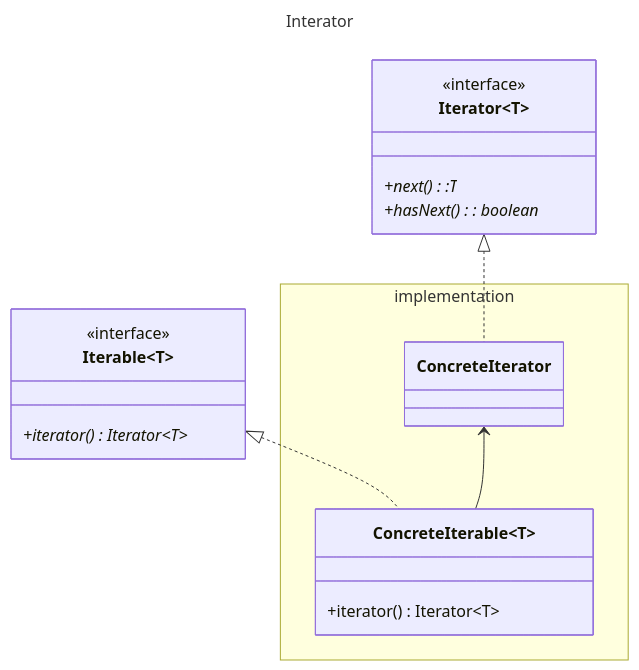
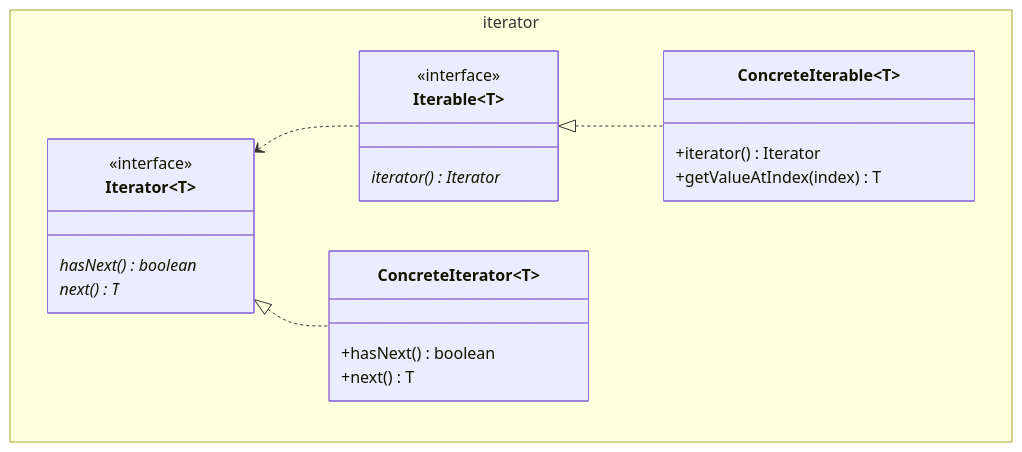
One commit to mtrigueira/JGoF changed the diagram in src/main/java/org/example/gof/behaviour/iterator/Iterator.md. Above: the diagram before and after it, drawn with Mermaid. The commit also changed other lines of this file and 1 other file, not shown here.

Commit message:
Edit Iterator.md add synonym and related patterns.

````diff
--- a/src/main/java/org/example/gof/behaviour/iterator/Iterator.md
+++ b/src/main/java/org/example/gof/behaviour/iterator/Iterator.md
@@ -1,26 +5,26 @@
 ```mermaid
----
-title: Interator
----
 classDiagram
-    class Iterable~T~ {
-        <<interface>>
-        +iterator() Iterator~T~*
-    }
-    class Iterator~T~ {
-        <<interface>>
-        +next():T*
-        +hasNext(): boolean*
-    }
-    namespace implementation {
+    namespace iterator {
         class ConcreteIterable~T~ {
-            +iterator() Iterator~T~
+            +iterator() Iterator<T>
+            +getValueAtIndex(index) T
         }
-        class ConcreteIterator {
+        class ConcreteIterator~T~ {
+            +hasNext() boolean
+            +next() T
+        }
+        class Iterable~T~ {
+            <<interface>>
+            iterator() Iterator<T>*
+        }
+        class Iterator~T~ {
+            <<interface>>
+            hasNext() boolean*
+            next() T*
         }
     }
+    Iterable <|.. ConcreteIterable
+    Iterator <.. Iterable
+    Iterator <|.. ConcreteIterator
 
-    Iterable <|.. ConcreteIterable
-    Iterator <|.. ConcreteIterator
-    ConcreteIterator <-- ConcreteIterable
 ```
````
